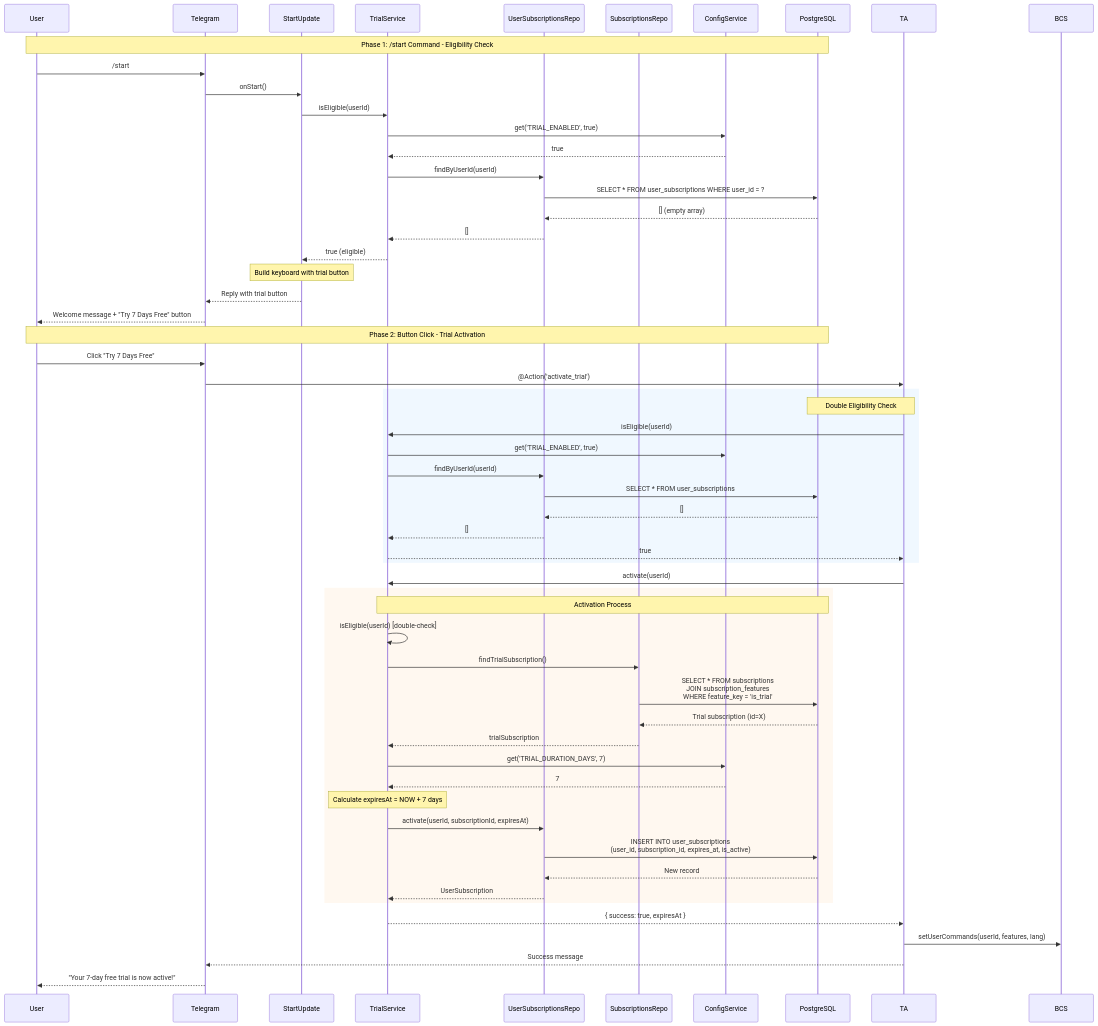
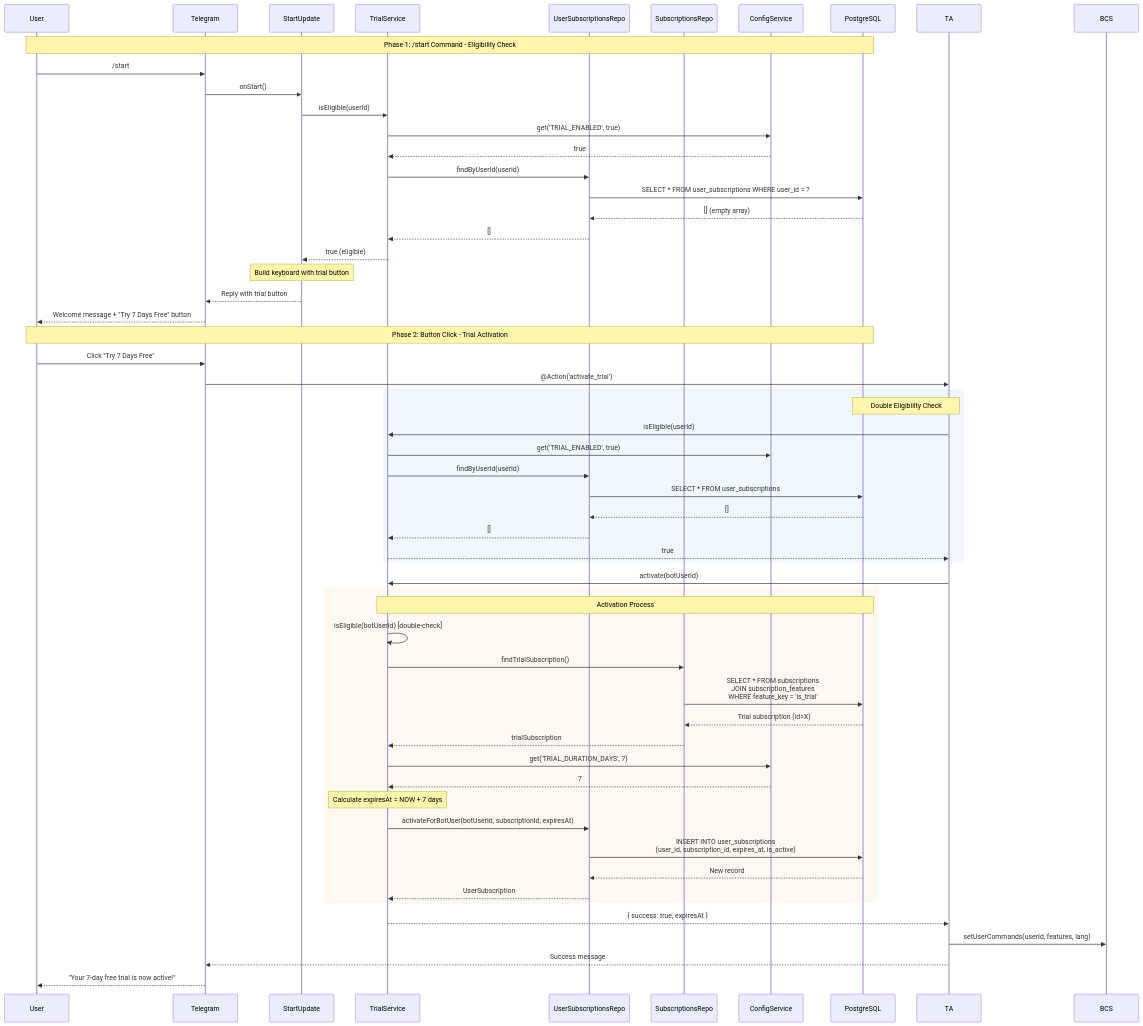
The second of 10 diagrams in docs/design/subscription-trial-design.md (tundraray/quantum-deal), drawn with Mermaid before and after one commit. The commit also changed other lines of this file and 2 other files, not shown here.

First line of the commit message:
docs: update TrialService API to use botUserId parameter

````diff
--- a/docs/design/subscription-trial-design.md
+++ b/docs/design/subscription-trial-design.md
@@ -124,68 +124,68 @@
 ```mermaid
 sequenceDiagram
     participant U as User
     participant TG as Telegram
     participant SU as StartUpdate
     participant TS as TrialService
     participant USR as UserSubscriptionsRepo
     participant SR as SubscriptionsRepo
     participant CS as ConfigService
     participant DB as PostgreSQL
 
     Note over U,DB: Phase 1: /start Command - Eligibility Check
     U->>TG: /start
     TG->>SU: onStart()
     SU->>TS: isEligible(userId)
     TS->>CS: get('TRIAL_ENABLED', true)
     CS-->>TS: true
     TS->>USR: findByUserId(userId)
     USR->>DB: SELECT * FROM user_subscriptions WHERE user_id = ?
     DB-->>USR: [] (empty array)
     USR-->>TS: []
     TS-->>SU: true (eligible)
 
     Note over SU: Build keyboard with trial button
     SU-->>TG: Reply with trial button
     TG-->>U: Welcome message + "Try 7 Days Free" button
 
     Note over U,DB: Phase 2: Button Click - Trial Activation
     U->>TG: Click "Try 7 Days Free"
     TG->>TA: @Action('activate_trial')
 
     rect rgb(240, 248, 255)
         Note over TA,DB: Double Eligibility Check
         TA->>TS: isEligible(userId)
         TS->>CS: get('TRIAL_ENABLED', true)
         TS->>USR: findByUserId(userId)
         USR->>DB: SELECT * FROM user_subscriptions
         DB-->>USR: []
         USR-->>TS: []
         TS-->>TA: true
     end
 
-    TA->>TS: activate(userId)
+    TA->>TS: activate(botUserId)
 
     rect rgb(255, 248, 240)
         Note over TS,DB: Activation Process
-        TS->>TS: isEligible(userId) [double-check]
+        TS->>TS: isEligible(botUserId) [double-check]
         TS->>SR: findTrialSubscription()
         SR->>DB: SELECT * FROM subscriptions<br/>JOIN subscription_features<br/>WHERE feature_key = 'is_trial'
         DB-->>SR: Trial subscription (id=X)
         SR-->>TS: trialSubscription
 
         TS->>CS: get('TRIAL_DURATION_DAYS', 7)
         CS-->>TS: 7
 
         Note over TS: Calculate expiresAt = NOW + 7 days
 
-        TS->>USR: activate(userId, subscriptionId, expiresAt)
+        TS->>USR: activateForBotUser(botUserId, subscriptionId, expiresAt)
         USR->>DB: INSERT INTO user_subscriptions<br/>(user_id, subscription_id, expires_at, is_active)
         DB-->>USR: New record
         USR-->>TS: UserSubscription
     end
 
     TS-->>TA: { success: true, expiresAt }
     TA->>BCS: setUserCommands(userId, features, lang)
     TA-->>TG: Success message
     TG-->>U: "Your 7-day free trial is now active!"
 ```
````
